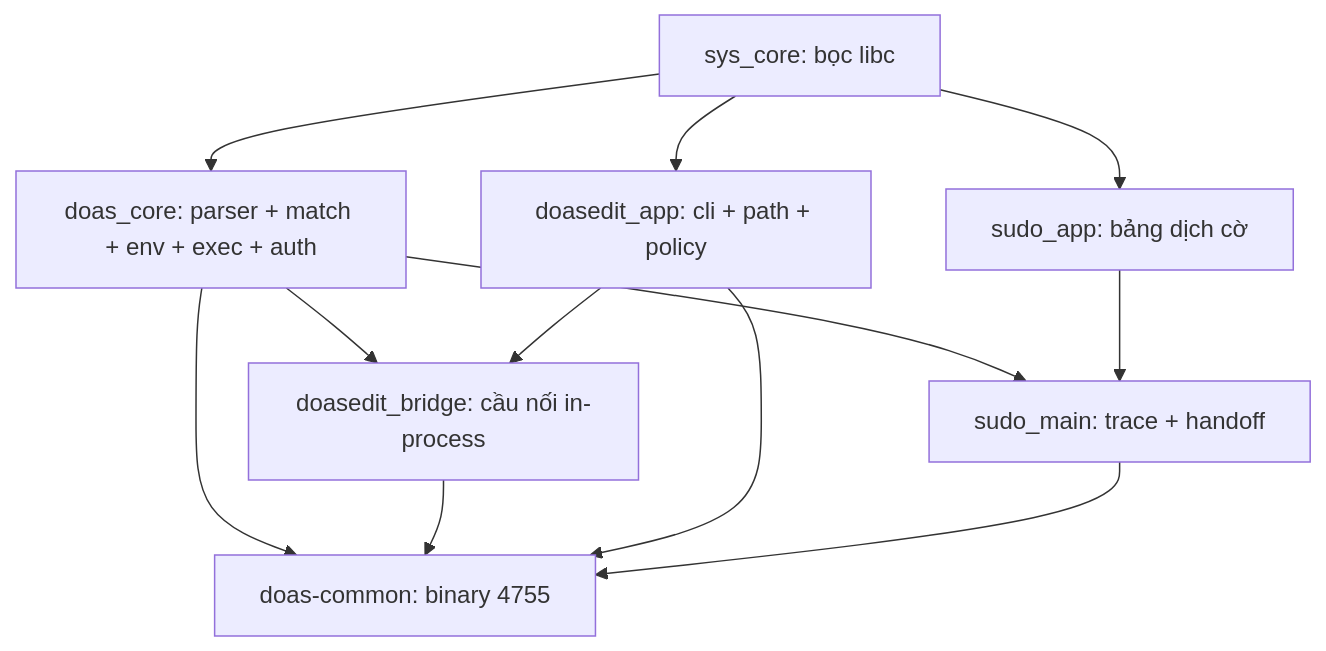
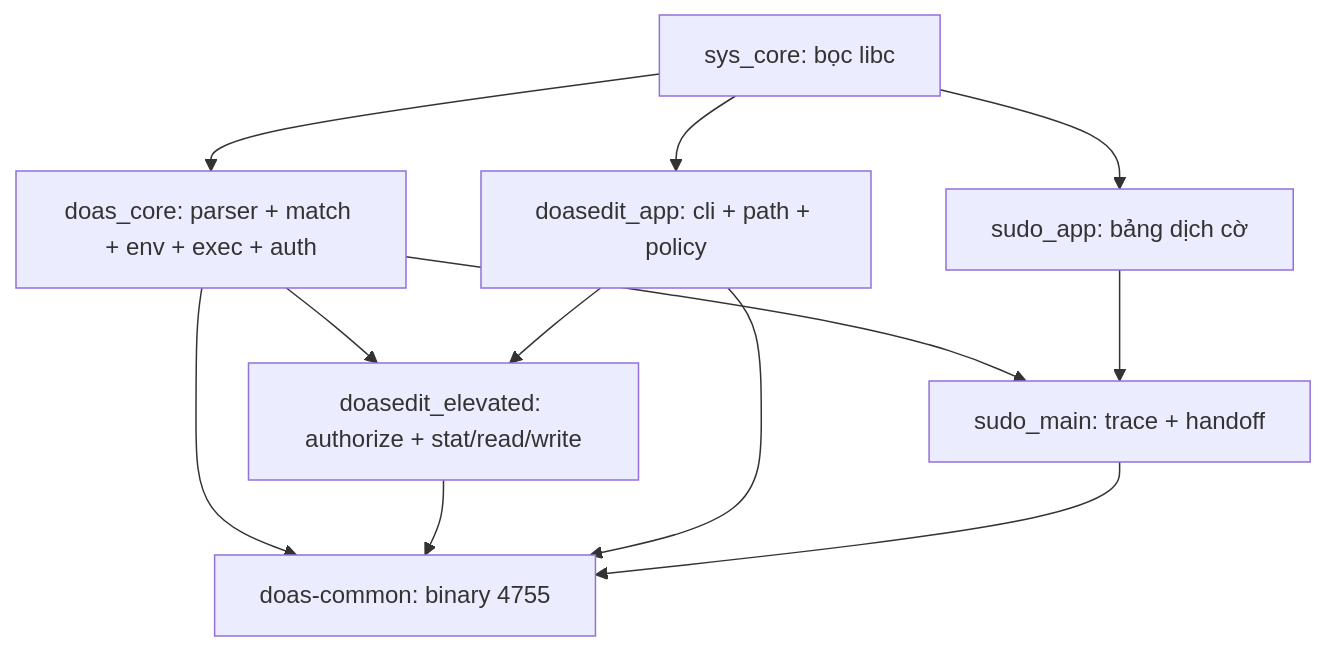
The fourth of 4 diagrams in architecture.md (nhktmdzhg/opendoas-cpp), drawn with Mermaid before and after one commit. The commit also changed other lines of this file and 26 other files, not shown here.

Commit message:
refactor(doasedit): authenticate before the editor and run stat/read/write natively through doas authorize (no cat/dd/test/stat, in-process config validation, memfd comparison copy)

````diff
--- a/architecture.md
+++ b/architecture.md
@@ -447,21 +456,21 @@
 ```mermaid
 graph TD
     sys_core["sys_core: bọc libc"]
     doas_core["doas_core: parser + match + env + exec + auth"]
     doasedit_app["doasedit_app: cli + path + policy"]
-    doasedit_bridge["doasedit_bridge: cầu nối in-process"]
+    doasedit_elevated["doasedit_elevated: authorize + stat/read/write"]
     sudo_app["sudo_app: bảng dịch cờ"]
     sudo_main["sudo_main: trace + handoff"]
     common["doas-common: binary 4755"]
     sys_core --> doas_core
     sys_core --> doasedit_app
     sys_core --> sudo_app
-    doas_core --> doasedit_bridge
-    doasedit_app --> doasedit_bridge
+    doas_core --> doasedit_elevated
+    doasedit_app --> doasedit_elevated
     doas_core --> sudo_main
     sudo_app --> sudo_main
     doas_core --> common
-    doasedit_bridge --> common
+    doasedit_elevated --> common
     doasedit_app --> common
     sudo_main --> common
 ```
````
